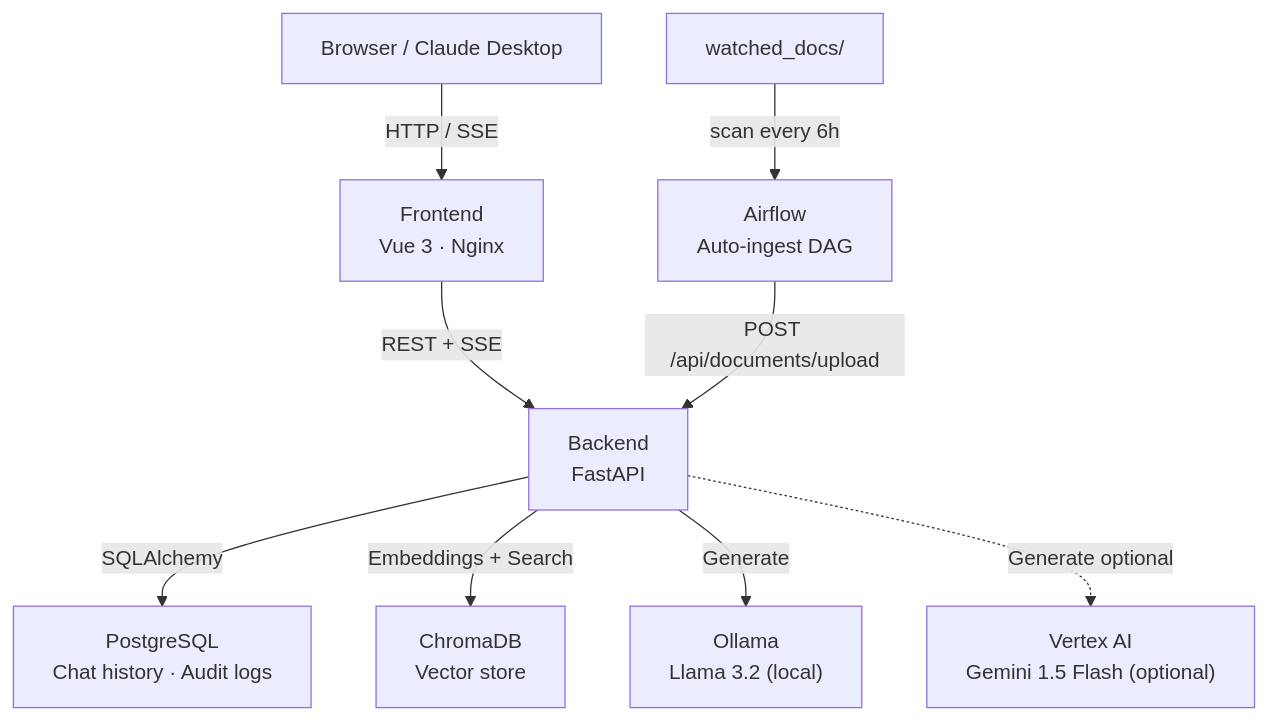
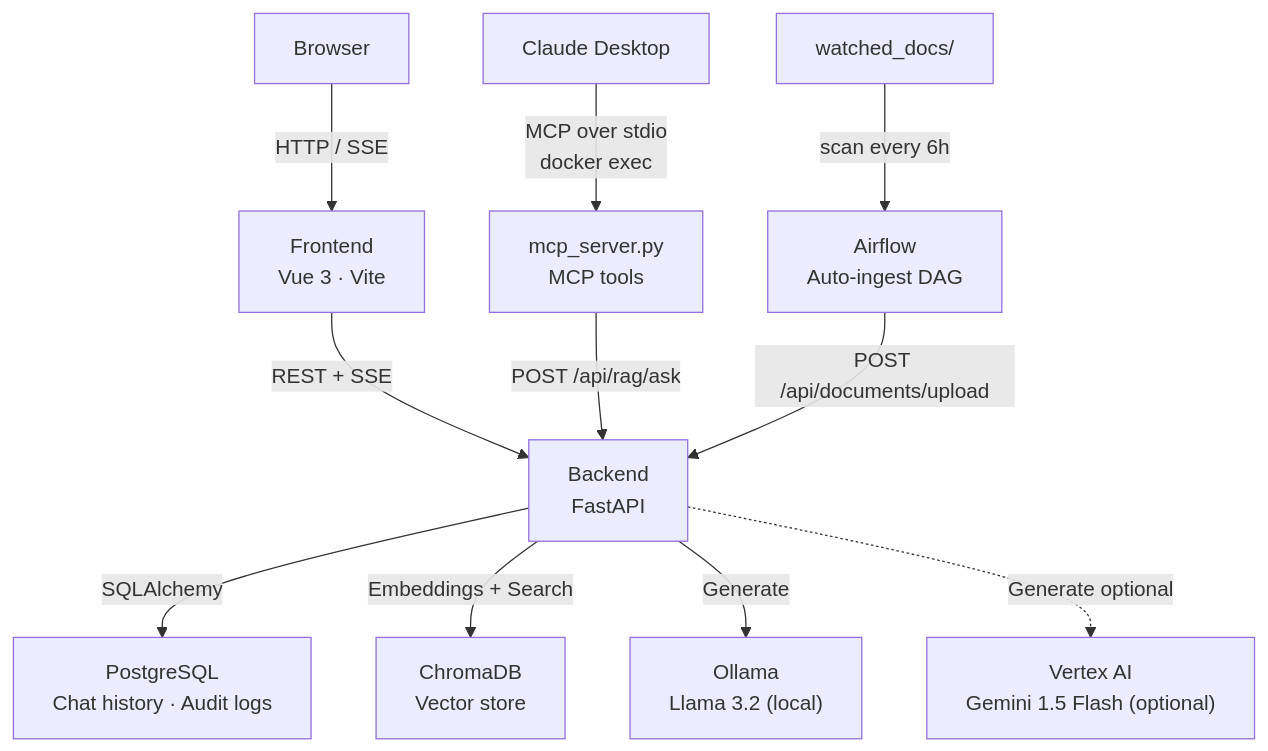
One commit to lin891020/SecuRAG changed the diagram in README.md. Above: the diagram before and after it, drawn with Mermaid. The commit also changed other lines of this file, not shown here.

Commit message:
架構圖畫錯了兩件事，而它是別人看到的第一張圖
FE 標成「Vue 3 · Nginx」。這個 repo 裡沒有 Nginx —— frontend/Dockerfile 是
node:20-alpine，CMD 是 npm run dev，而 dev 就是 vite --host 0.0.0.0 --port 8311。
跑的是 Vite 的開發伺服器。

Claude Desktop 被畫成跟瀏覽器一起經過 Vue 前端連到後端。它不經過前端 ——
它用 docker exec 進 backend 容器跑 mcp_server.py，那支再用 httpx 打
/api/rag/ask 與 /api/rag/search。圖上拆成兩條路，MCP server 變成自己一個節點。
這也讓上一個 commit 補的 rag_api 稽核在圖上有位置。

順帶把「這是開發設定」寫進 Limitations：前端跑的是有 hot reload 的 dev
server 不是打包好的靜態檔，也沒有任何一層 TLS 或反向代理。Tech Stack 的
Deployment 那列原本寫「Single make up to start everything」，讀起來像可以
就這樣上線。

````diff
--- a/README.md
+++ b/README.md
@@ -43,21 +43,25 @@
 ```mermaid
 graph TD
-    User["Browser / Claude Desktop"]
-    FE["Frontend\nVue 3 · Nginx"]
+    Browser["Browser"]
+    Desktop["Claude Desktop"]
+    FE["Frontend\nVue 3 · Vite"]
+    MCP["mcp_server.py\nMCP tools"]
     BE["Backend\nFastAPI"]
     PG["PostgreSQL\nChat history · Audit logs"]
     CH["ChromaDB\nVector store"]
     OL["Ollama\nLlama 3.2 (local)"]
     VA["Vertex AI\nGemini 1.5 Flash (optional)"]
     AF["Airflow\nAuto-ingest DAG"]
     WD["watched_docs/"]
 
-    User -->|HTTP / SSE| FE
+    Browser -->|HTTP / SSE| FE
     FE -->|REST + SSE| BE
+    Desktop -->|MCP over stdio\ndocker exec| MCP
+    MCP -->|POST /api/rag/ask| BE
     BE -->|SQLAlchemy| PG
     BE -->|Embeddings + Search| CH
     BE -->|Generate| OL
     BE -.->|Generate optional| VA
     AF -->|POST /api/documents/upload| BE
     WD -->|scan every 6h| AF
 ```
````
